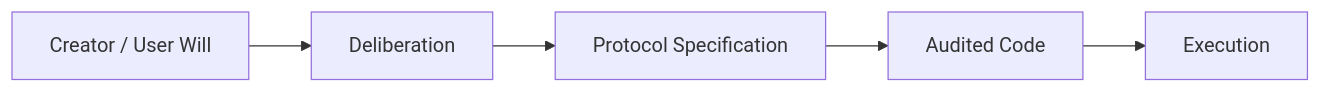
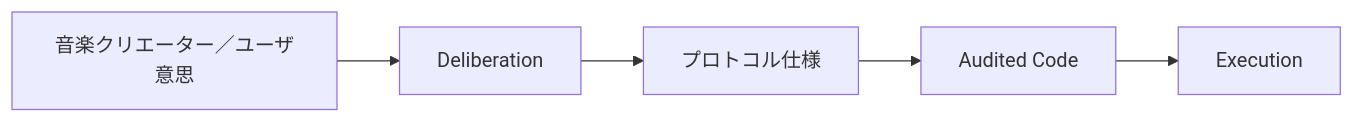
One commit to ShigeichiroYamasaki/creator-first-platform changed the tenth of 17 diagrams in docs/whitepaper/01-vision.md. Above: the diagram before and after it, drawn with Mermaid. The commit also changed other lines of this file and 67 other files, not shown here.

````diff
--- a/docs/whitepaper/01-vision.md
+++ b/docs/whitepaper/01-vision.md
@@ -268,10 +268,10 @@
 ```mermaid
 flowchart LR
-    WILL[Creator / User Will]
+    WILL[音楽クリエーター／ユーザ意思]
     DELIB[Deliberation]
-    SPEC[Protocol Specification]
+    SPEC[プロトコル仕様]
     CODE[Audited Code]
     EXEC[Execution]
 
     WILL --> DELIB --> SPEC --> CODE --> EXEC
 ```
````
